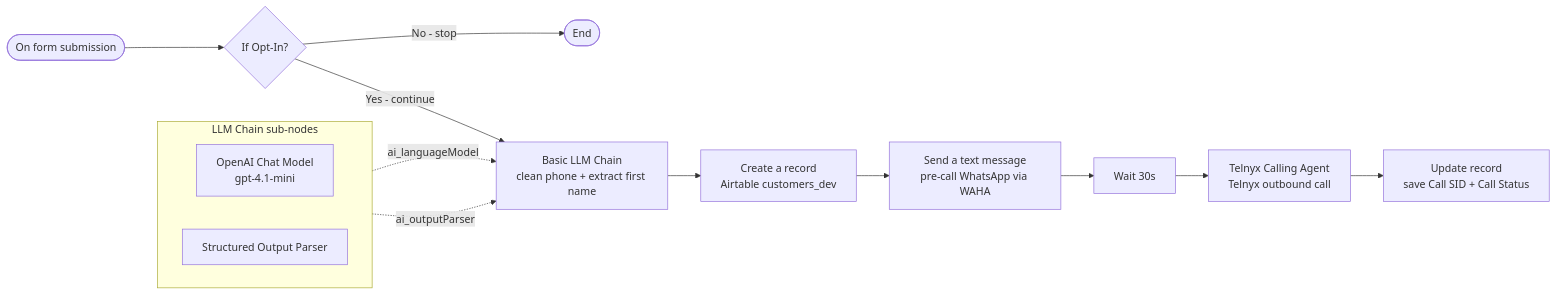
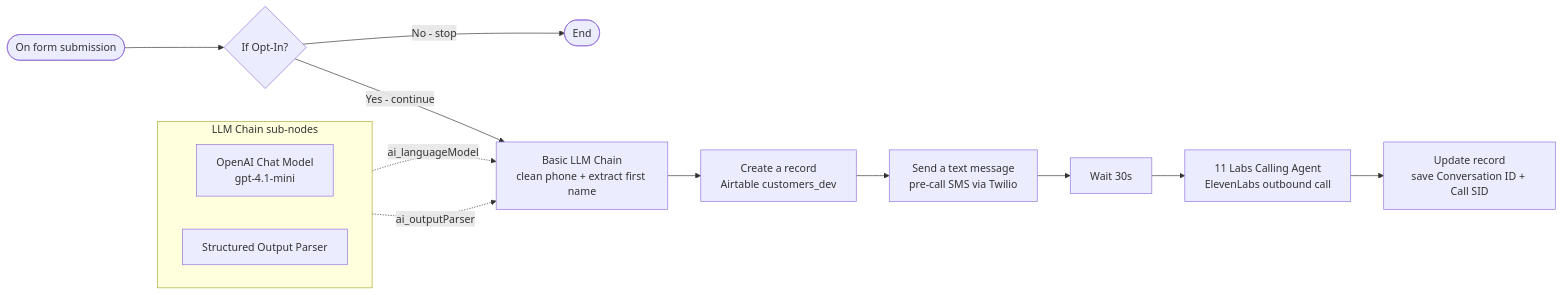
The first of 3 diagrams in docs/phone-call-flow.md (kameni-immo/kameni-n8n-automation), drawn with Mermaid before and after one commit. The commit also changed other lines of this file and 4 other files, not shown here.

First line of the commit message:
fix(KAN-41): fix inbound workflow duplicate executions and incomplete WhatsApp message

````diff
--- a/docs/phone-call-flow.md
+++ b/docs/phone-call-flow.md
@@ -56,19 +56,19 @@
 ```mermaid
 flowchart LR
     FRM(["On form submission"]) --> OPT{"If Opt-In?"}
     OPT -->|"No - stop"| STOP(["End"])
     OPT -->|"Yes - continue"| LLM["Basic LLM Chain<br/>clean phone + extract first name"]
     LLM --> CRE["Create a record<br/>Airtable customers_dev"]
-    CRE --> SMS["Send a text message<br/>pre-call WhatsApp via WAHA"]
+    CRE --> SMS["Send a text message<br/>pre-call SMS via Twilio"]
     SMS --> WT["Wait 30s"]
-    WT --> TL["Telnyx Calling Agent<br/>Telnyx outbound call"]
-    TL --> UPD["Update record<br/>save Call SID + Call Status"]
+    WT --> EL["11 Labs Calling Agent<br/>ElevenLabs outbound call"]
+    EL --> UPD["Update record<br/>save Conversation ID + Call SID"]
 
     subgraph ai1 ["LLM Chain sub-nodes"]
         direction LR
         OAI["OpenAI Chat Model<br/>gpt-4.1-mini"]
         SOP["Structured Output Parser"]
     end
     OAI -.->|"ai_languageModel"| LLM
     SOP -.->|"ai_outputParser"| LLM
 ```
````
